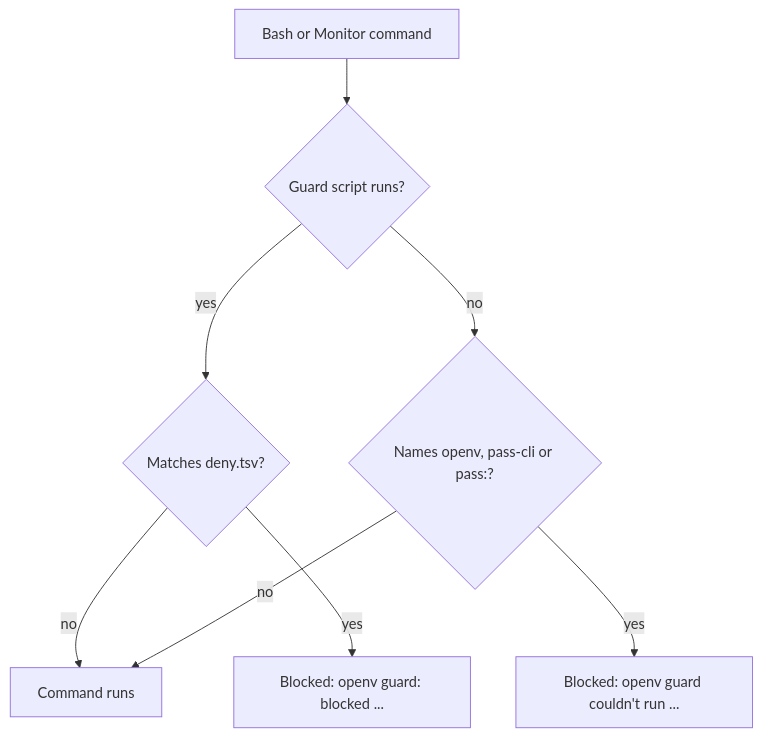
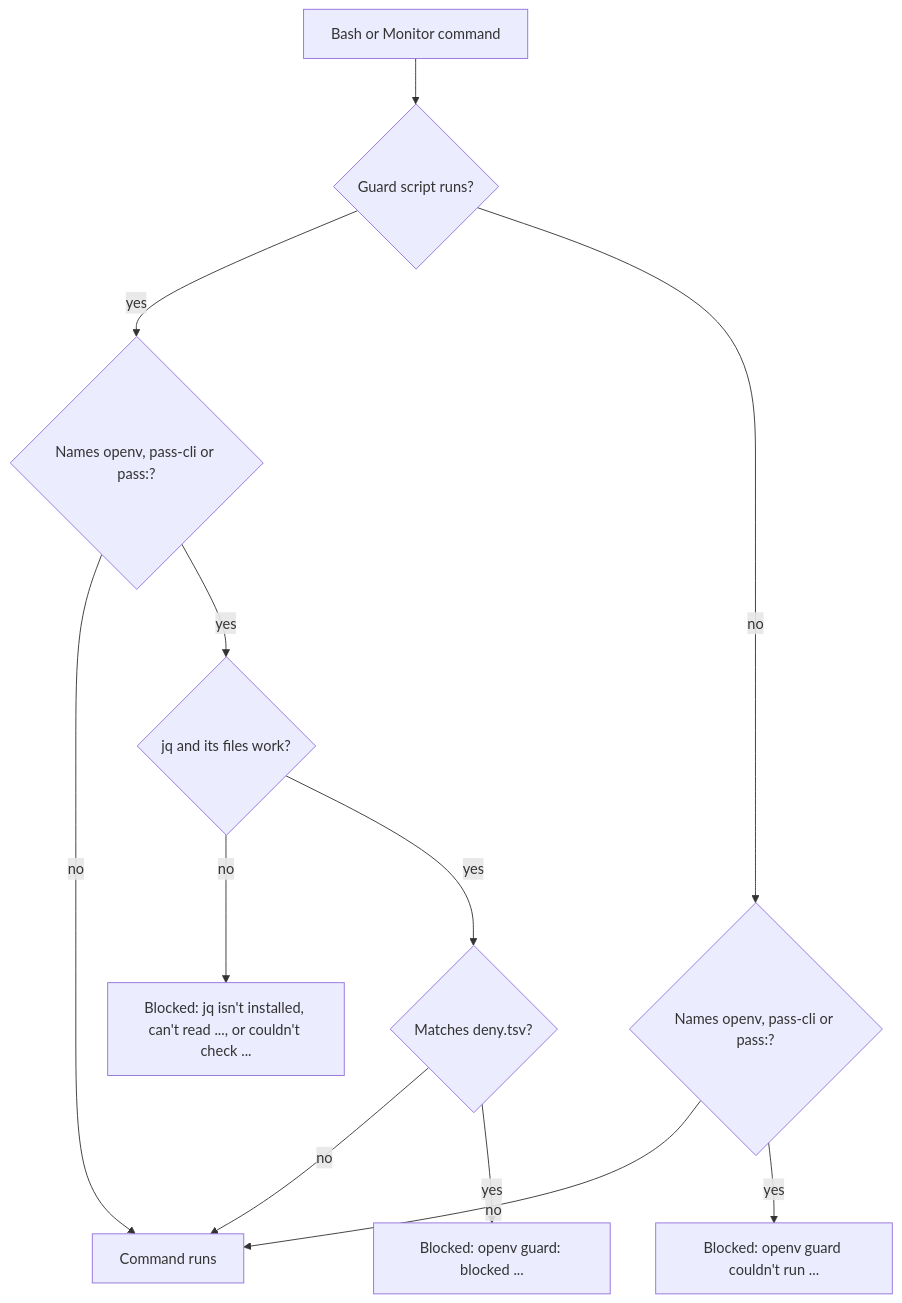
The second of 2 diagrams in .claude/skills/openv/PLAYBOOK.md (uchilaka/orchx-maker-toolkit), drawn with Mermaid before and after one commit.

Commit message:
📝 docs(openv): show the jq and missing-files blocks in the guard diagram
When the script runs, a command naming openv, pass-cli or pass: is blocked before deny.tsv is consulted if jq is missing, its files can't be read, or jq fails. The diagram went straight to "Matches deny.tsv?".

Finding: "The guard diagram's yes branch skips the jq and missing-files blocks", ~/pr-reviews/orchx-maker-toolkit/PR-54_openv-playbook.md

````diff
--- a/.claude/skills/openv/PLAYBOOK.md
+++ b/.claude/skills/openv/PLAYBOOK.md
@@ -90,10 +90,14 @@
 ```mermaid
 flowchart TD
   A[Bash or Monitor command] --> B{Guard script runs?}
-  B -- yes --> C{Matches deny.tsv?}
-  C -- no --> OK[Command runs]
+  B -- yes --> N{Names openv, pass-cli or pass:?}
+  N -- no --> OK[Command runs]
+  N -- yes --> J{jq and its files work?}
+  J -- no --> JB["Blocked: jq isn't installed, can't read ..., or couldn't check ..."]
+  J -- yes --> C{Matches deny.tsv?}
+  C -- no --> OK
   C -- yes --> BLK["Blocked: openv guard: blocked ..."]
   B -- no --> D{Names openv, pass-cli or pass:?}
   D -- no --> OK
   D -- yes --> FB["Blocked: openv guard couldn't run ..."]
 ```
````
